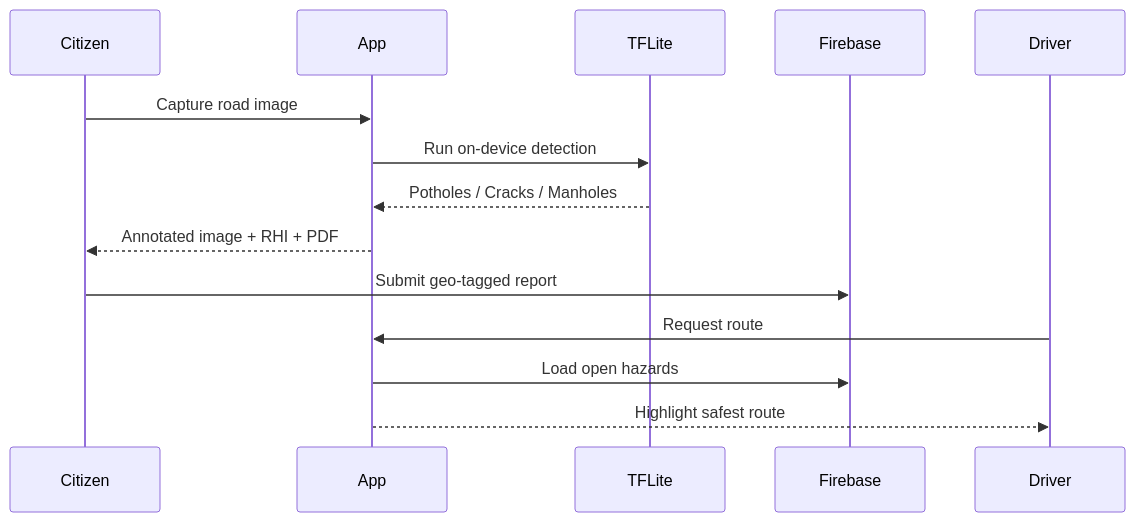
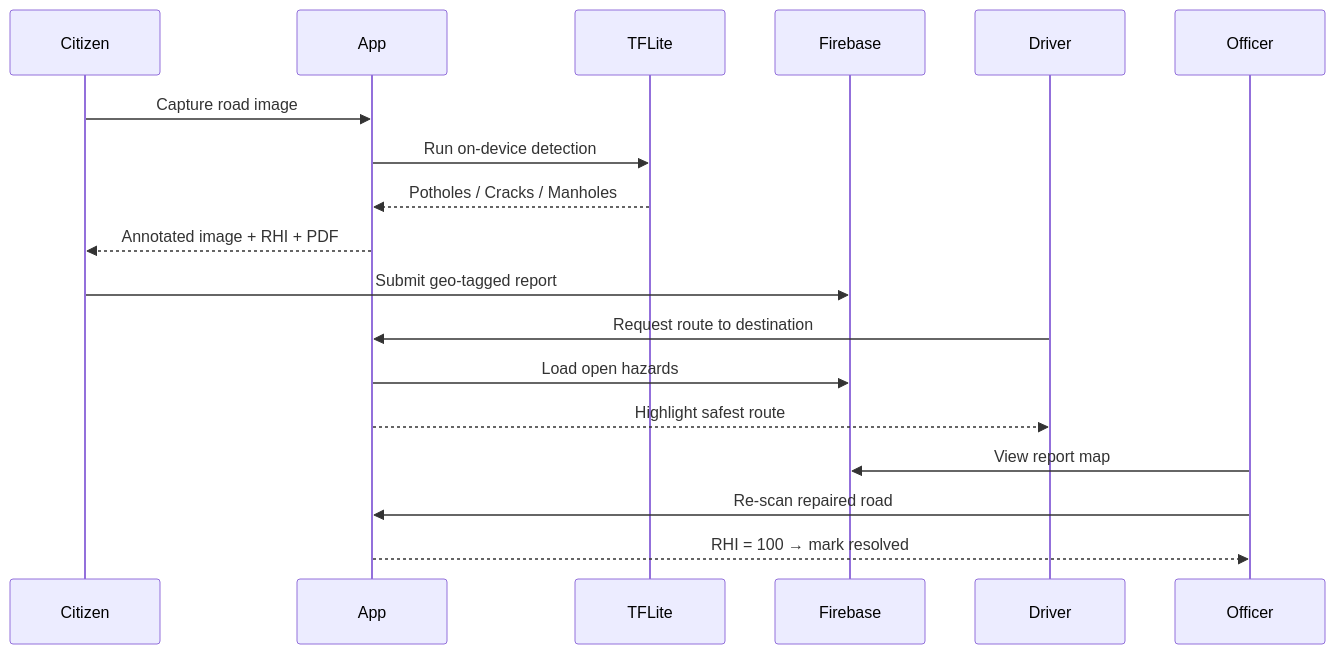
The second of 2 diagrams in README.md (sarukeshray/RoadFlow-AI), drawn with Mermaid before and after one commit. The commit also changed other lines of this file and 6 other files, not shown here.

````diff
--- a/README.md
+++ b/README.md
@@ -98,17 +152,21 @@
 ```mermaid
 sequenceDiagram
     participant Citizen
     participant App
     participant TFLite
     participant Firebase
     participant Driver
+    participant Officer
 
     Citizen->>App: Capture road image
     App->>TFLite: Run on-device detection
     TFLite-->>App: Potholes / Cracks / Manholes
     App-->>Citizen: Annotated image + RHI + PDF
     Citizen->>Firebase: Submit geo-tagged report
-    Driver->>App: Request route
+    Driver->>App: Request route to destination
     App->>Firebase: Load open hazards
     App-->>Driver: Highlight safest route
+    Officer->>Firebase: View report map
+    Officer->>App: Re-scan repaired road
+    App-->>Officer: RHI = 100 → mark resolved
 ```
````
